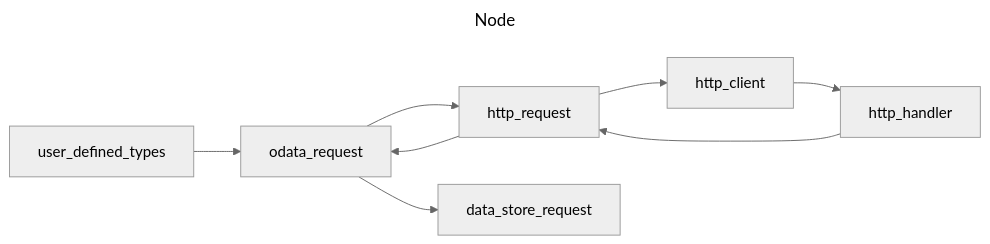
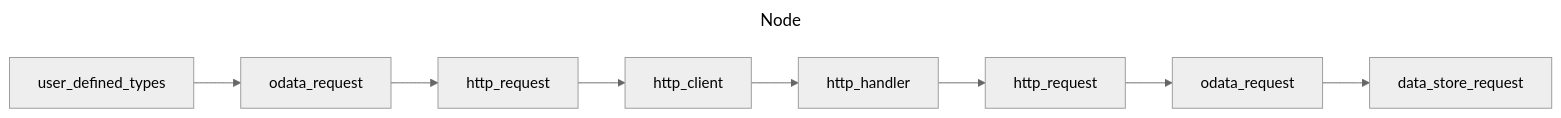
The first of 3 diagrams in docs/architecture.md (OData/odata.net), drawn with Mermaid (neutral theme) before and after one commit.

````diff
--- a/docs/architecture.md
+++ b/docs/architecture.md
@@ -221,19 +221,21 @@
 ```mermaid
 ---
 title: Node
 ---
 flowchart LR
     user_defined_types
-    odata_request
-    http_request
+    odata_request1[odata_request]
+    http_request1[http_request]
     http_client
     http_handler
+    http_request2[http_request]
+    odata_request2[odata_request]
     data_store_request
-    user_defined_types --> odata_request
-    odata_request --> http_request
-    http_request --> http_client
+    user_defined_types --> odata_request1
+    odata_request1 --> http_request1
+    http_request1 --> http_client
     http_client --> http_handler
-    http_handler --> http_request
-    http_request --> odata_request
-    odata_request --> data_store_request
+    http_handler --> http_request2
+    http_request2 --> odata_request2
+    odata_request2 --> data_store_request
 ```
````
